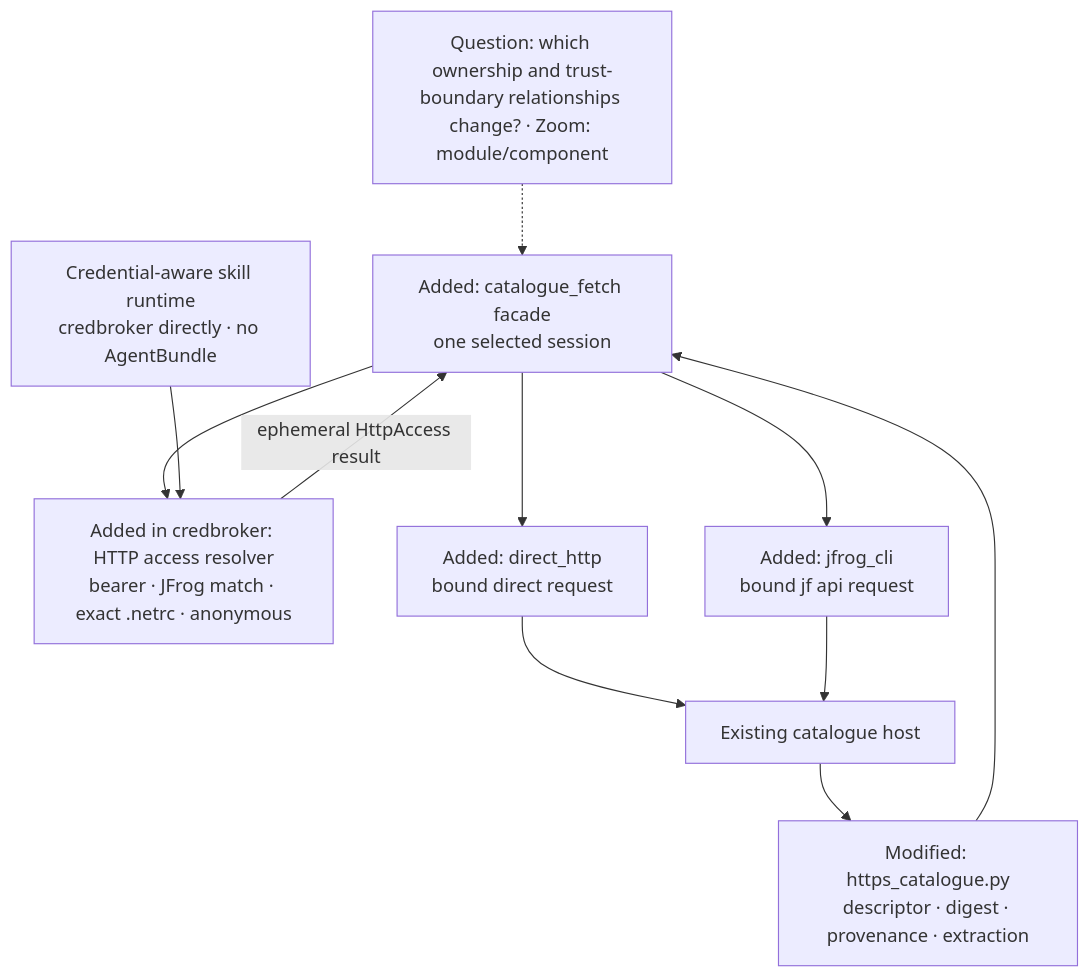
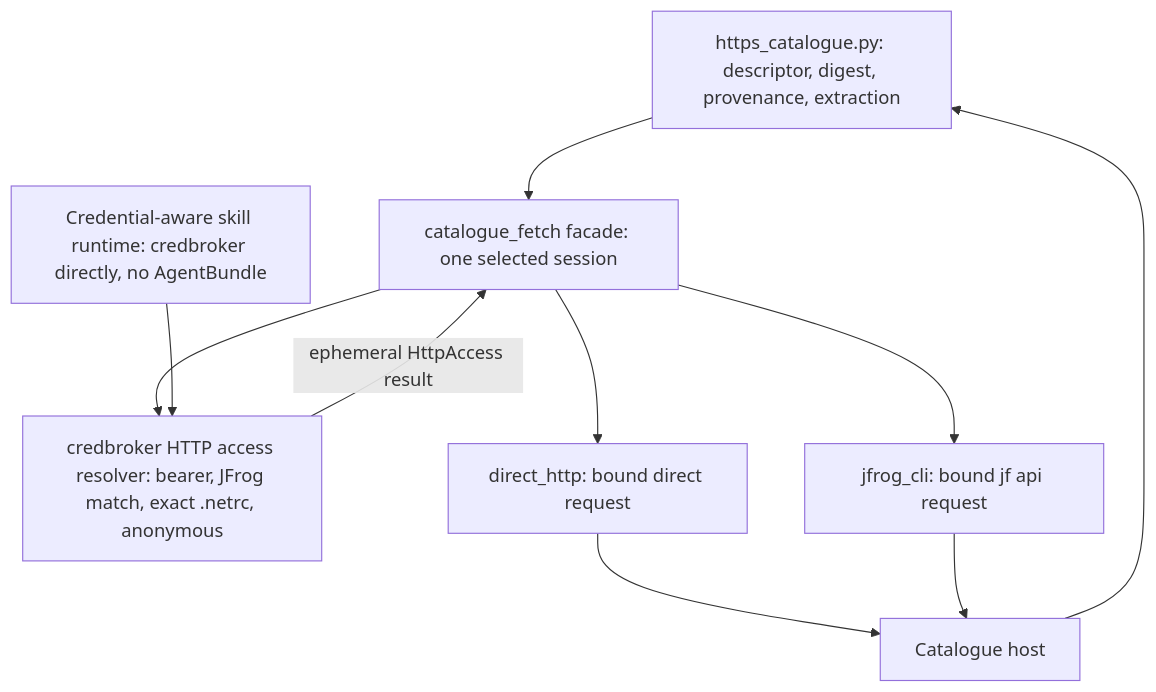
The first of 3 diagrams in docs/architecture/portable-catalogue-authentication.md (eugenelim/agent-ready-repo), drawn with Mermaid before and after one commit. The commit also changed other lines of this file and 1 other file, not shown here.

Commit message:
docs(architecture): rewrite portable catalogue authentication as current state

````diff
--- a/docs/architecture/portable-catalogue-authentication.md
+++ b/docs/architecture/portable-catalogue-authentication.md
@@ -81,22 +58,20 @@
 ```mermaid
 flowchart TB
-    Note["Question: which ownership and trust-boundary relationships change? · Zoom: module/component"]
-    Catalogue["Modified: https_catalogue.py<br/>descriptor · digest · provenance · extraction"]
-    Facade["Added: catalogue_fetch facade<br/>one selected session"]
-    Resolver["Added in credbroker: HTTP access resolver<br/>bearer · JFrog match · exact .netrc · anonymous"]
-    Direct["Added: direct_http<br/>bound direct request"]
-    JFrog["Added: jfrog_cli<br/>bound jf api request"]
-    Skill["Credential-aware skill runtime<br/>credbroker directly · no AgentBundle"]
-    Host["Existing catalogue host"]
+    Catalogue["https_catalogue.py: descriptor, digest, provenance, extraction"]
+    Facade["catalogue_fetch facade: one selected session"]
+    Resolver["credbroker HTTP access resolver: bearer, JFrog match, exact .netrc, anonymous"]
+    Direct["direct_http: bound direct request"]
+    JFrog["jfrog_cli: bound jf api request"]
+    Skill["Credential-aware skill runtime: credbroker directly, no AgentBundle"]
+    Host["Catalogue host"]
 
-    Note -.-> Facade
     Catalogue --> Facade
     Facade --> Resolver
     Resolver -->|ephemeral HttpAccess result| Facade
     Facade --> Direct
     Facade --> JFrog
     Skill --> Resolver
     Direct --> Host
     JFrog --> Host
     Host --> Catalogue
 ```
````
